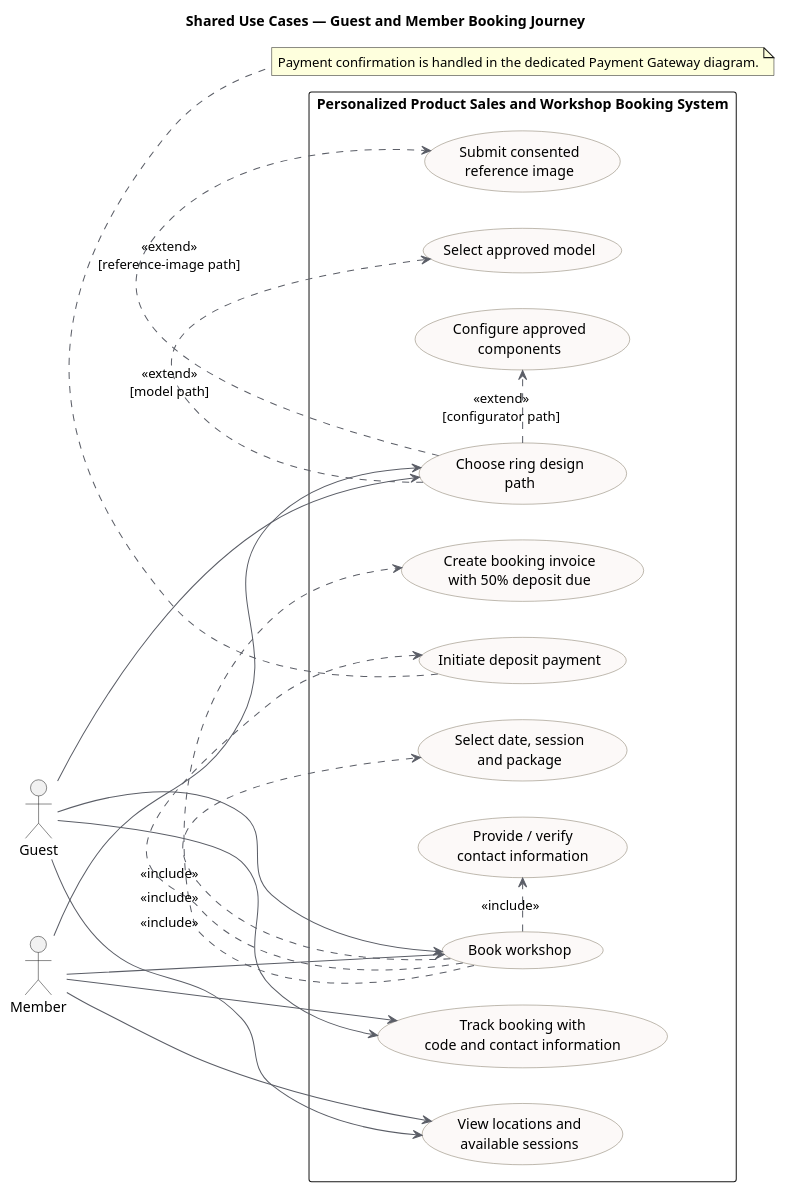
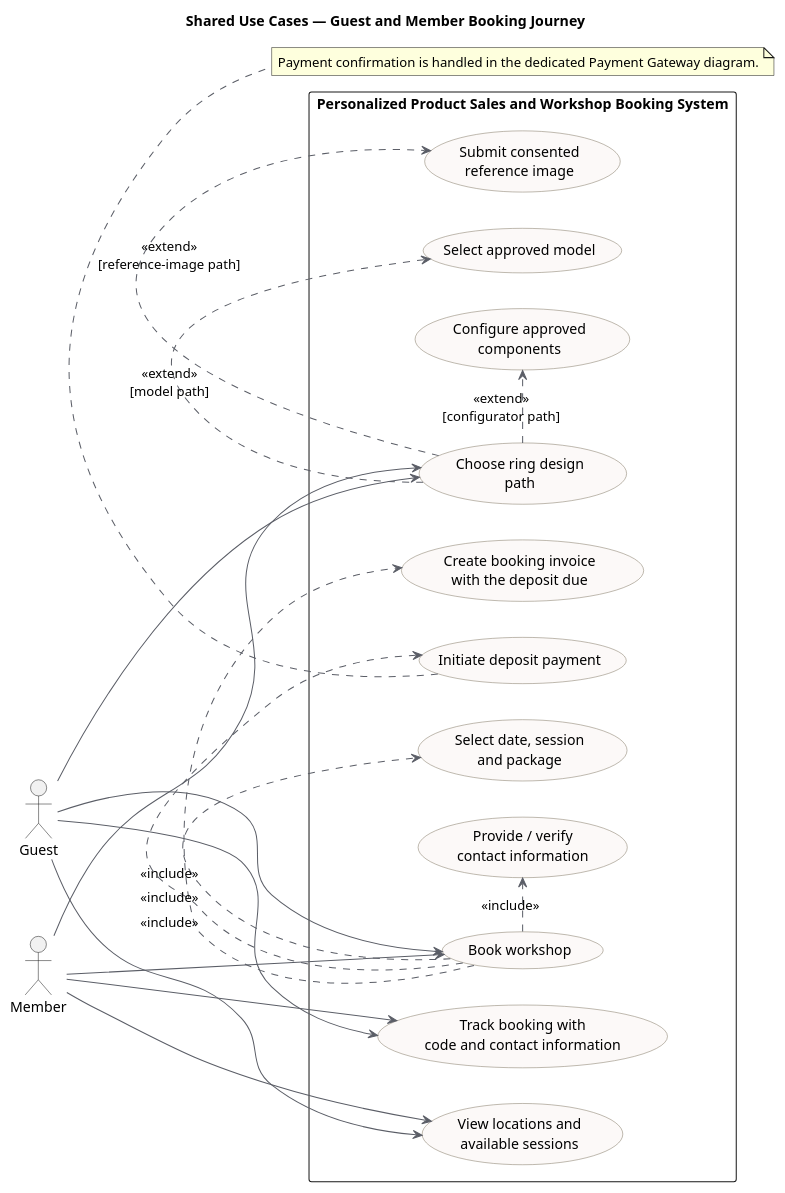
The diagram in documents/docs/report-3-software-requirement-specification/assets/diagrams/use-cases/01-shared-guest-member-booking.puml (quoc-ca/mland-operations-hub), drawn with PlantUML before and after one commit. The commit also changed 23 other files, not shown here.

```diff
--- a/documents/docs/report-3-software-requirement-specification/assets/diagrams/use-cases/01-shared-guest-member-booking.puml
+++ b/documents/docs/report-3-software-requirement-specification/assets/diagrams/use-cases/01-shared-guest-member-booking.puml
@@ -1,51 +1,51 @@
 @startuml
 !pragma charset UTF-8
 title Shared Use Cases — Guest and Member Booking Journey
 left to right direction
 skinparam shadowing false
 skinparam packageStyle rectangle
 skinparam usecase {
   BackgroundColor #FCF9F8
   BorderColor #807663
   ArrowColor #5B5E67
 }
 
 actor Guest
 actor Member
 
 rectangle "Personalized Product Sales and Workshop Booking System" {
   usecase "View locations and\navailable sessions" as ViewSessions
   usecase "Book workshop" as Book
   usecase "Select date, session\nand package" as SelectSession
   usecase "Provide / verify\ncontact information" as Contact
   usecase "Choose ring design\npath" as Design
   usecase "Select approved model" as Model
   usecase "Configure approved\ncomponents" as Configure
   usecase "Submit consented\nreference image" as Image
-  usecase "Create booking invoice\nwith 50% deposit due" as Invoice
+  usecase "Create booking invoice\nwith the deposit due" as Invoice
   usecase "Initiate deposit payment" as Deposit
   usecase "Track booking with\ncode and contact information" as Track
 }
 
 Guest --> ViewSessions
 Guest --> Book
 Guest --> Design
 Guest --> Track
 
 Member --> ViewSessions
 Member --> Book
 Member --> Design
 Member --> Track
 
 Book .> SelectSession : <<include>>
 Book .> Contact : <<include>>
 Book .> Invoice : <<include>>
 Book .> Deposit : <<include>>
 Design .> Model : <<extend>>\n[model path]
 Design .> Configure : <<extend>>\n[configurator path]
 Design .> Image : <<extend>>\n[reference-image path]
 
 note bottom of Deposit
 Payment confirmation is handled in the dedicated Payment Gateway diagram.
 end note
 @enduml
```
